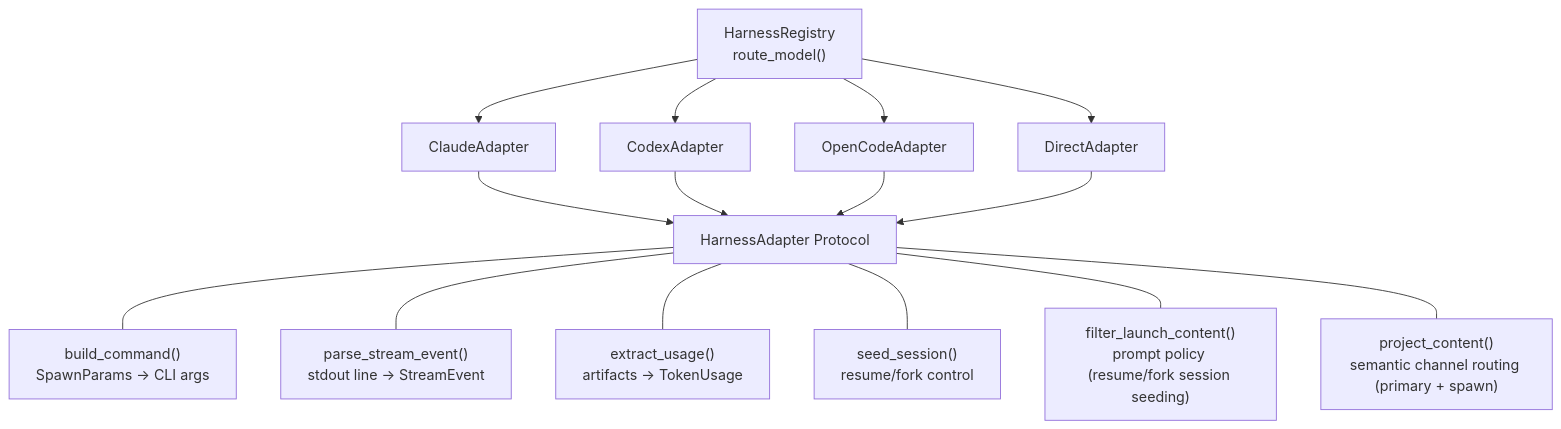
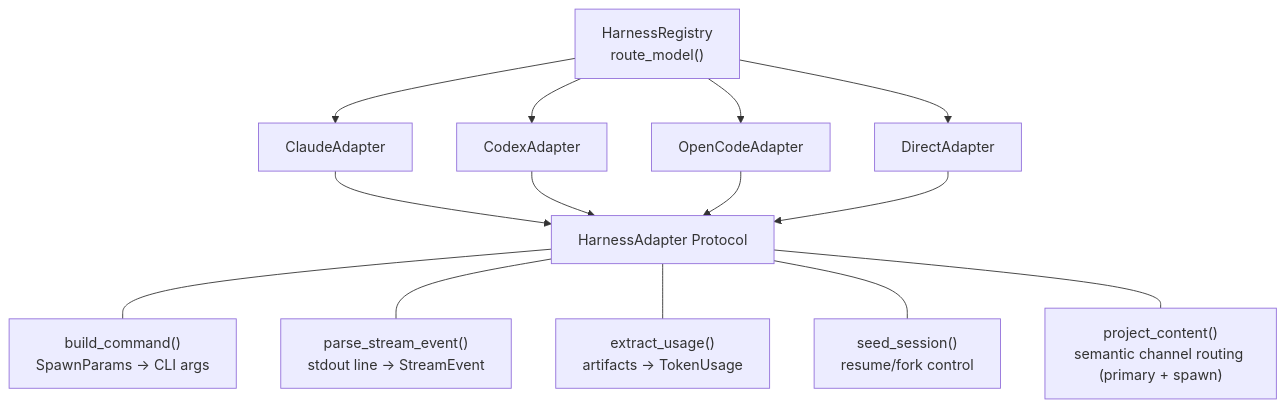
The sixth of 8 diagrams in docs/_internal/ARCHITECTURE.md (haowjy/meridian-channel), drawn with Mermaid before and after one commit. The commit also changed other lines of this file and 18 other files, not shown here.

````diff
--- a/docs/_internal/ARCHITECTURE.md
+++ b/docs/_internal/ARCHITECTURE.md
@@ -300,19 +300,18 @@
 ```mermaid
 graph TD
     Registry["HarnessRegistry<br/>route_model()"] --> CA["ClaudeAdapter"]
     Registry --> CX["CodexAdapter"]
     Registry --> OC["OpenCodeAdapter"]
     Registry --> DA["DirectAdapter"]
 
     CA --> Proto["HarnessAdapter Protocol"]
     CX --> Proto
     OC --> Proto
     DA --> Proto
 
     Proto --- BC["build_command()<br/>SpawnParams -> CLI args"]
     Proto --- PS["parse_stream_event()<br/>stdout line -> StreamEvent"]
     Proto --- EU["extract_usage()<br/>artifacts -> TokenUsage"]
     Proto --- SS["seed_session()<br/>resume/fork control"]
-    Proto --- FC["filter_launch_content()<br/>prompt policy (resume/fork session seeding)"]
     Proto --- PC["project_content()<br/>semantic channel routing (primary + spawn)"]
 ```
````
